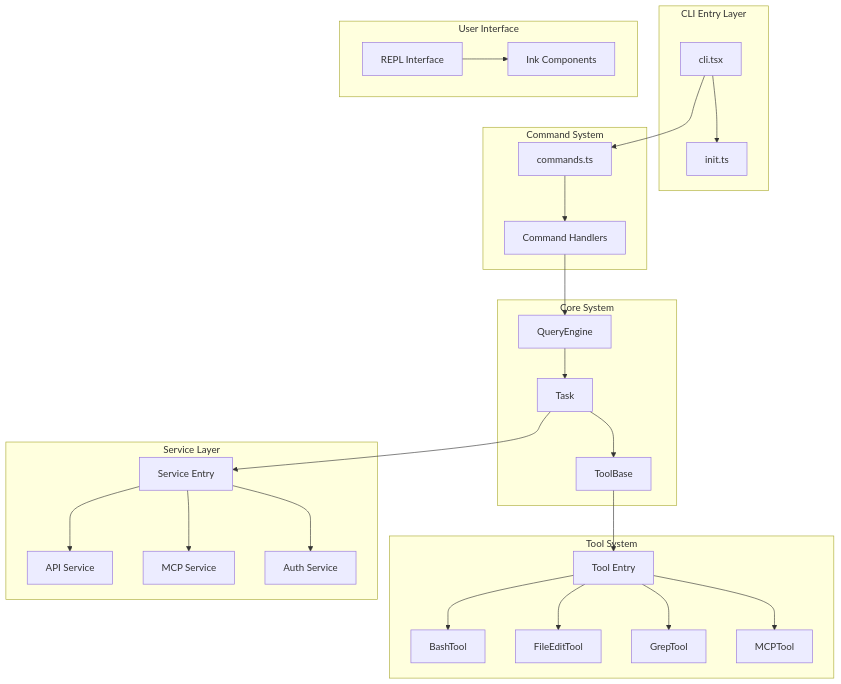
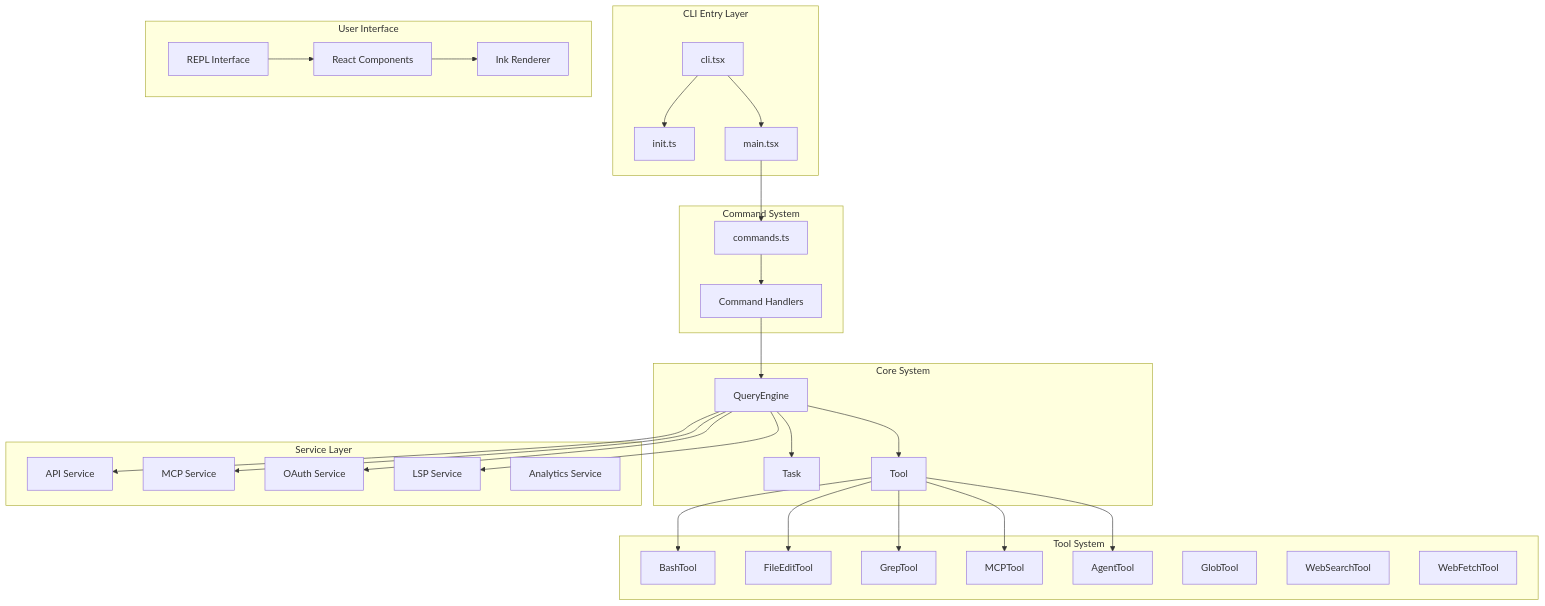
Before and after one commit to niuma996/claude-code-sourcemap-wiki: the diagram in .nium-wiki/wiki_en/index.md, drawn with Mermaid. The commit also changed other lines of this file and 1976 other files, not shown here.

````diff
--- a/.nium-wiki/wiki_en/index.md
+++ b/.nium-wiki/wiki_en/index.md
@@ -11,49 +11,57 @@
 ```mermaid
 flowchart TB
     subgraph CL ["CLI Entry Layer"]
         CLI[cli.tsx]
         Init[init.ts]
+        Main[main.tsx]
     end
     subgraph CM ["Command System"]
         Commands[commands.ts]
         Handlers[Command Handlers]
     end
     subgraph CS ["Core System"]
         Query[QueryEngine]
         Task[Task]
-        ToolBase[ToolBase]
+        ToolBase[Tool]
     end
     subgraph TS ["Tool System"]
-        ToolEntry[Tool Entry]
         Bash[BashTool]
         FileEdit[FileEditTool]
         Grep[GrepTool]
         MCPTool[MCPTool]
+        Agent[AgentTool]
+        Glob[GlobTool]
+        WebSearch[WebSearchTool]
+        WebFetch[WebFetchTool]
     end
     subgraph SV ["Service Layer"]
-        ServiceEntry[Service Entry]
         API[API Service]
         MCP_Svc[MCP Service]
-        Auth[Auth Service]
+        OAuth[OAuth Service]
+        LSP[LSP Service]
+        Analytics[Analytics Service]
     end
-    subgraph UL ["User Interface"]
+    subgraph UI ["User Interface"]
         REPL[REPL Interface]
-        Ink[Ink Components]
+        Components[React Components]
+        Ink[Ink Renderer]
     end
     CLI --> Init
-    CLI --> Commands
+    CLI --> Main
+    Main --> Commands
     Commands --> Handlers
     Handlers --> Query
     Query --> Task
-    Task --> ToolBase
-    Task --> ServiceEntry
-    ToolBase --> ToolEntry
-    ToolEntry --> Bash
-    ToolEntry --> FileEdit
-    ToolEntry --> Grep
-    ToolEntry --> MCPTool
-    ServiceEntry --> API
-    ServiceEntry --> MCP_Svc
-    ServiceEntry --> Auth
-    REPL --> Ink
+    Query --> ToolBase
+    ToolBase --> Bash
+    ToolBase --> FileEdit
+    ToolBase --> Grep
+    ToolBase --> MCPTool
+    ToolBase --> Agent
+    Query --> API
+    Query --> MCP_Svc
+    Query --> OAuth
+    Query --> LSP
+    REPL --> Components
+    Components --> Ink
 ```
````
